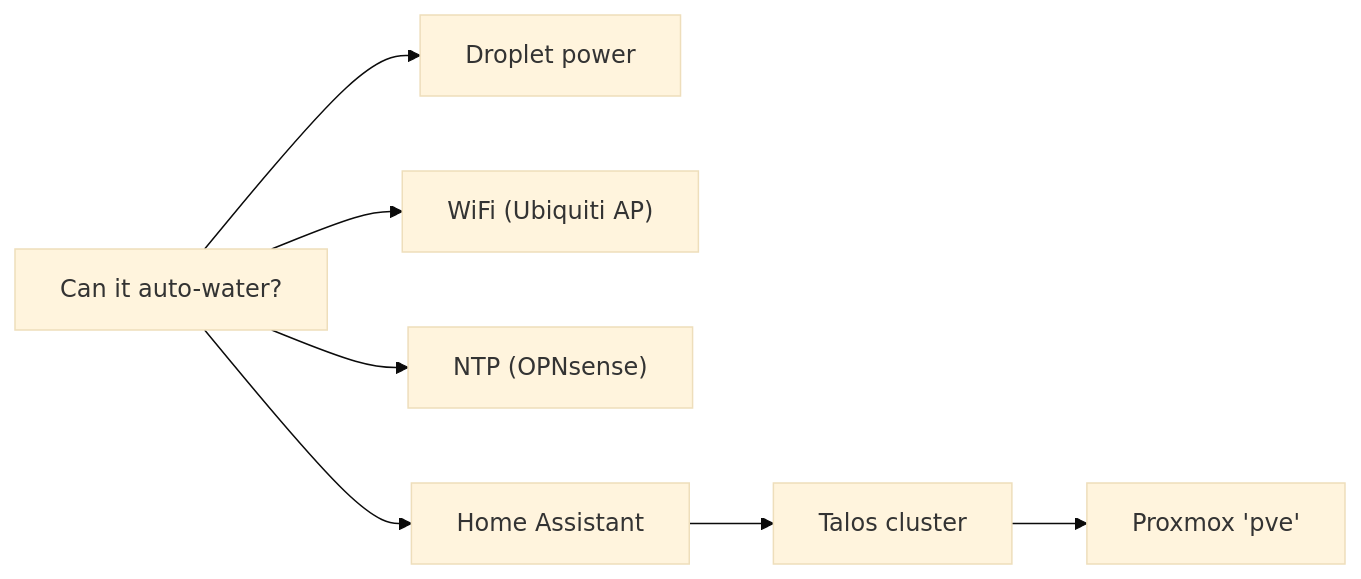
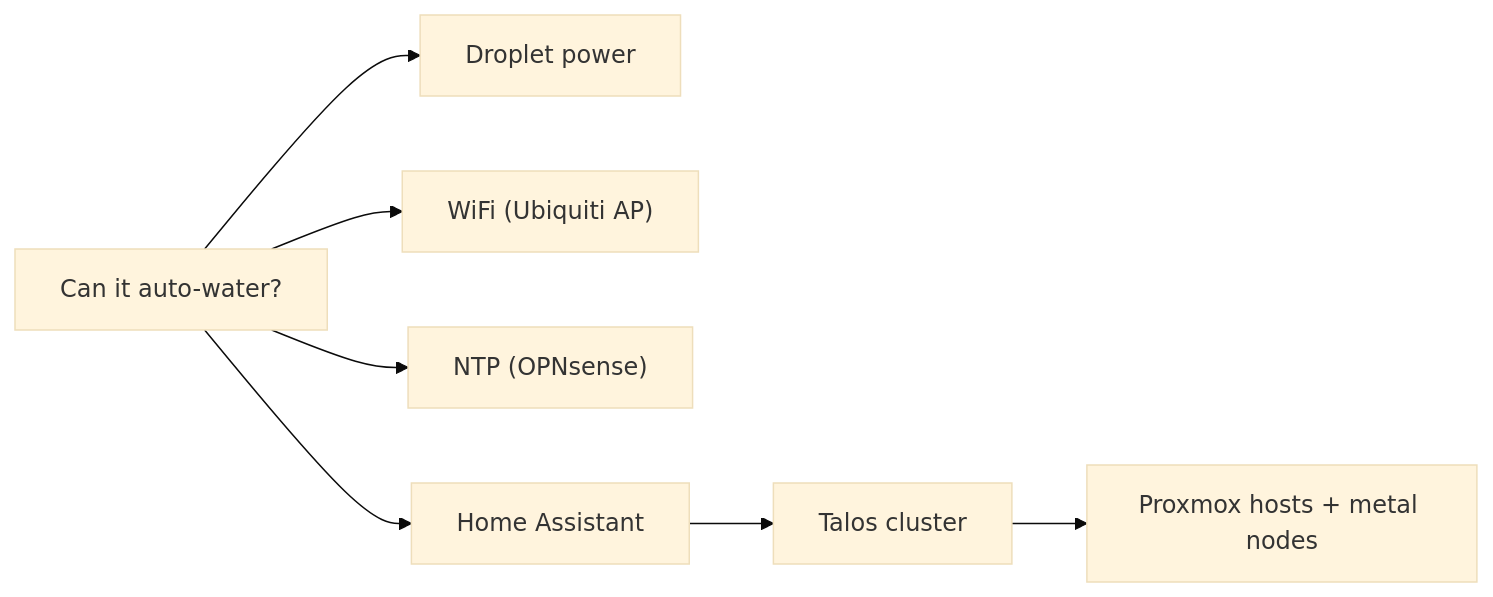
The third of 4 diagrams in docs/office-plants/README.md (teststuffstash/homelab), drawn with Mermaid (base theme) before and after one commit. The commit also changed other lines of this file, not shown here.

````diff
--- a/docs/office-plants/README.md
+++ b/docs/office-plants/README.md
@@ -169,16 +169,16 @@
 ```mermaid
 flowchart LR
     water["Can it auto-water?"]
     power["Droplet power"]
     wifi["WiFi (Ubiquiti AP)"]
     ntp["NTP (OPNsense)"]
     ha["Home Assistant"]
     k8s["Talos cluster"]
-    pve["Proxmox 'pve'"]
+    pve["Proxmox hosts + metal nodes"]
 
     water --> power
     water --> wifi
     water --> ntp
     water --> ha
     ha --> k8s --> pve
 ```
````
